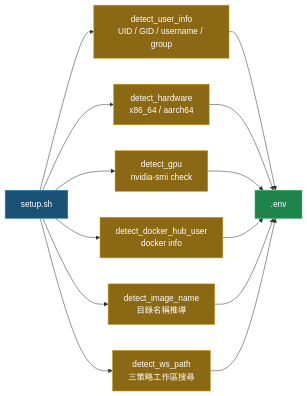
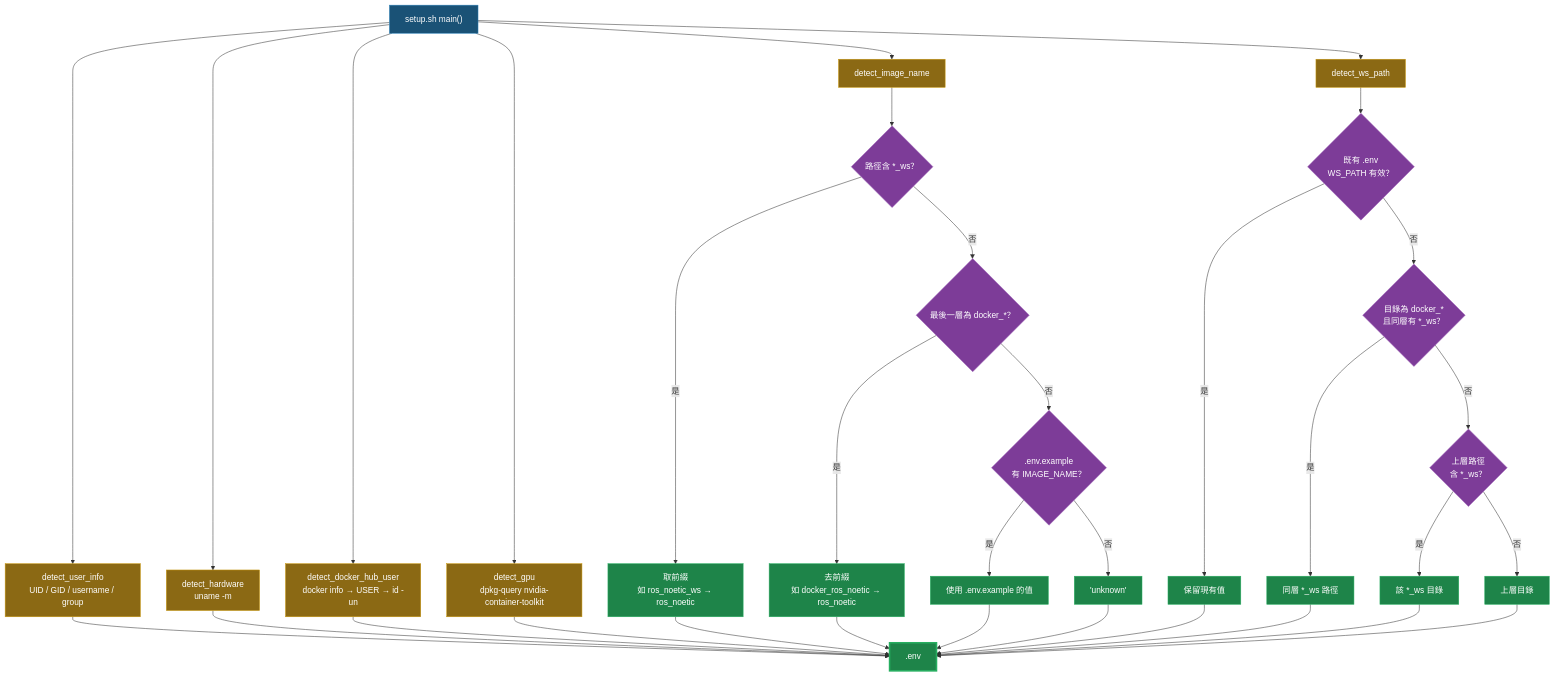
Before and after one commit to ycpss91255-docker/ros_noetic: the first of 2 diagrams in README.zh-TW.md, drawn with Mermaid. The commit also changed 1 other file, not shown here.

Commit message:
Squashed 'docker_setup_helper/' changes from 05c341f..6924234
6924234 docs: expand mermaid diagram with decision branches

git-subtree-dir: docker_setup_helper
git-subtree-split: 6924234a148c9d25a246fb351d874556c798ecb2

````diff
--- a/README.zh-TW.md
+++ b/README.zh-TW.md
@@ -145,22 +145,46 @@
 ```mermaid
-graph LR
-    A["setup.sh"]:::entry
+graph TD
+    A["setup.sh main()"]:::entry
 
     A --> B["detect_user_info\nUID / GID / username / group"]:::detect
-    A --> C["detect_hardware\nx86_64 / aarch64"]:::detect
-    A --> D["detect_gpu\nnvidia-smi check"]:::detect
-    A --> E["detect_docker_hub_user\ndocker info"]:::detect
-    A --> F["detect_image_name\n目錄名稱推導"]:::detect
-    A --> G["detect_ws_path\n三策略工作區搜尋"]:::detect
+    A --> C["detect_hardware\nuname -m"]:::detect
+    A --> D["detect_docker_hub_user\ndocker info → USER → id -un"]:::detect
+    A --> E["detect_gpu\ndpkg-query nvidia-container-toolkit"]:::detect
+    A --> F["detect_image_name"]:::detect
+    A --> G["detect_ws_path"]:::detect
+
+    F --> F1{"路徑含 *_ws？"}:::decision
+    F1 -- "是" --> F1R["取前綴\n如 ros_noetic_ws → ros_noetic"]:::result
+    F1 -- "否" --> F2{"最後一層為 docker_*？"}:::decision
+    F2 -- "是" --> F2R["去前綴\n如 docker_ros_noetic → ros_noetic"]:::result
+    F2 -- "否" --> F3{".env.example\n有 IMAGE_NAME？"}:::decision
+    F3 -- "是" --> F3R["使用 .env.example 的值"]:::result
+    F3 -- "否" --> F4R["'unknown'"]:::result
+
+    G --> G0{"既有 .env\nWS_PATH 有效？"}:::decision
+    G0 -- "是" --> G0R["保留現有值"]:::result
+    G0 -- "否" --> G1{"目錄為 docker_*\n且同層有 *_ws？"}:::decision
+    G1 -- "是" --> G1R["同層 *_ws 路徑"]:::result
+    G1 -- "否" --> G2{"上層路徑\n含 *_ws？"}:::decision
+    G2 -- "是" --> G2R["該 *_ws 目錄"]:::result
+    G2 -- "否" --> G3R["上層目錄"]:::result
 
     B --> H[".env"]:::output
     C --> H
     D --> H
     E --> H
-    F --> H
-    G --> H
+    F1R --> H
+    F2R --> H
+    F3R --> H
+    F4R --> H
+    G0R --> H
+    G1R --> H
+    G2R --> H
+    G3R --> H
 
     classDef entry fill:#1a5276,color:#fff,stroke:#2980b9
     classDef detect fill:#8B6914,color:#fff,stroke:#c8960c
-    classDef output fill:#1e8449,color:#fff,stroke:#27ae60
+    classDef decision fill:#7d3c98,color:#fff,stroke:#a569bd
+    classDef result fill:#1e8449,color:#fff,stroke:#27ae60
+    classDef output fill:#1e8449,color:#fff,stroke:#27ae60,stroke-width:3px
 ```
````
